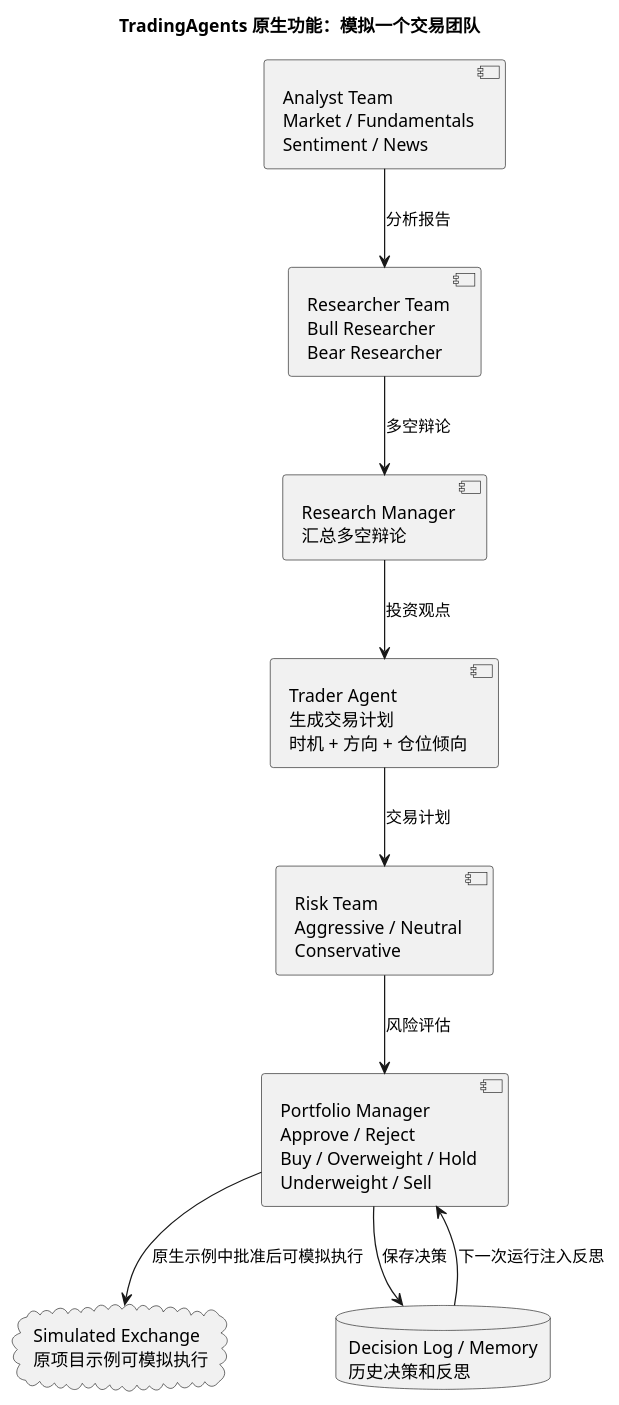
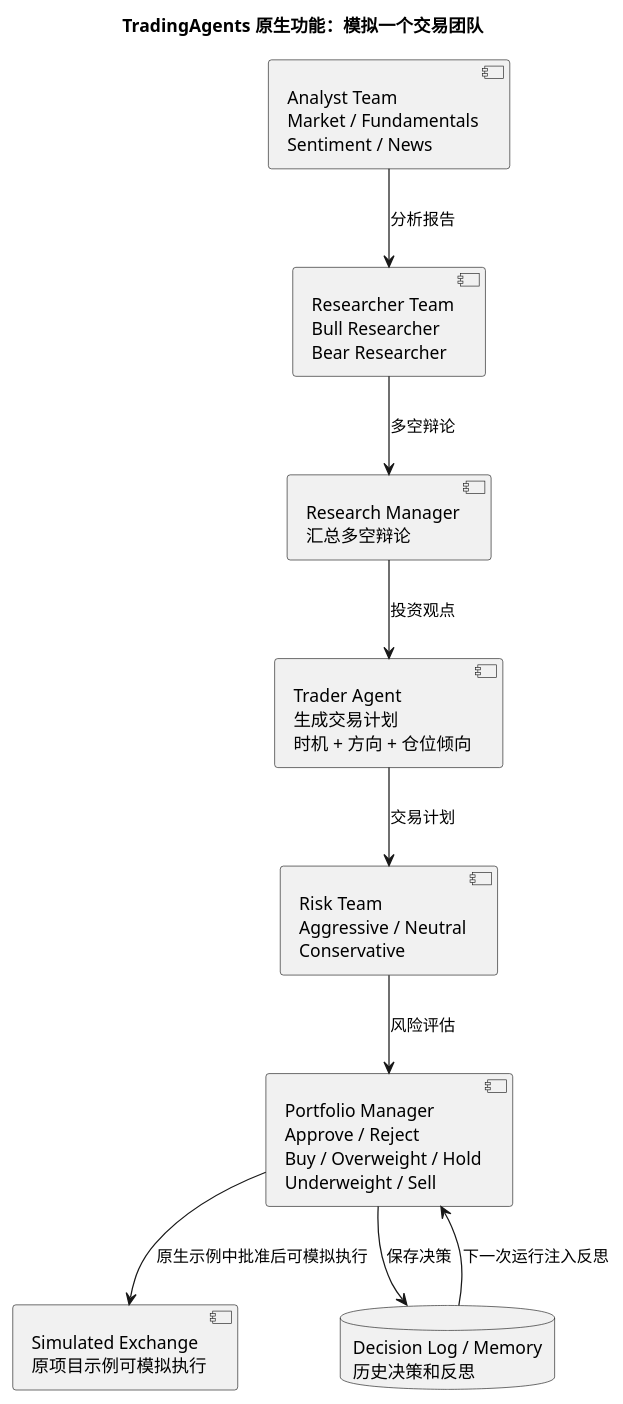
One commit to zhoudirac-C/vnpy changed the eighth of 16 diagrams in docs/community/info/custom_quant_architecture.md. Above: the diagram before and after it, drawn with PlantUML. The commit also changed other lines of this file and 24 other files, not shown here.

Commit message:
feat: add independent TradingAgents strategy flow

````diff
--- a/docs/community/info/custom_quant_architecture.md
+++ b/docs/community/info/custom_quant_architecture.md
@@ -533,27 +536,27 @@
 ```plantuml
 @startuml
 title TradingAgents 原生功能：模拟一个交易团队
 
 skinparam shadowing false
 skinparam packageStyle rectangle
 
 component "Analyst Team\nMarket / Fundamentals\nSentiment / News" as Analysts
 component "Researcher Team\nBull Researcher\nBear Researcher" as Researchers
 component "Research Manager\n汇总多空辩论" as ResearchManager
 component "Trader Agent\n生成交易计划\n时机 + 方向 + 仓位倾向" as Trader
 component "Risk Team\nAggressive / Neutral\nConservative" as RiskTeam
 component "Portfolio Manager\nApprove / Reject\nBuy / Overweight / Hold\nUnderweight / Sell" as PM
-cloud "Simulated Exchange\n原项目示例可模拟执行" as Sim
+component "Simulated Exchange\n原项目示例可模拟执行" as Sim
 database "Decision Log / Memory\n历史决策和反思" as Memory
 
 Analysts --> Researchers : 分析报告
 Researchers --> ResearchManager : 多空辩论
 ResearchManager --> Trader : 投资观点
 Trader --> RiskTeam : 交易计划
 RiskTeam --> PM : 风险评估
 PM --> Sim : 原生示例中批准后可模拟执行
 PM --> Memory : 保存决策
 Memory --> PM : 下一次运行注入反思
 
 @enduml
 ```
````
